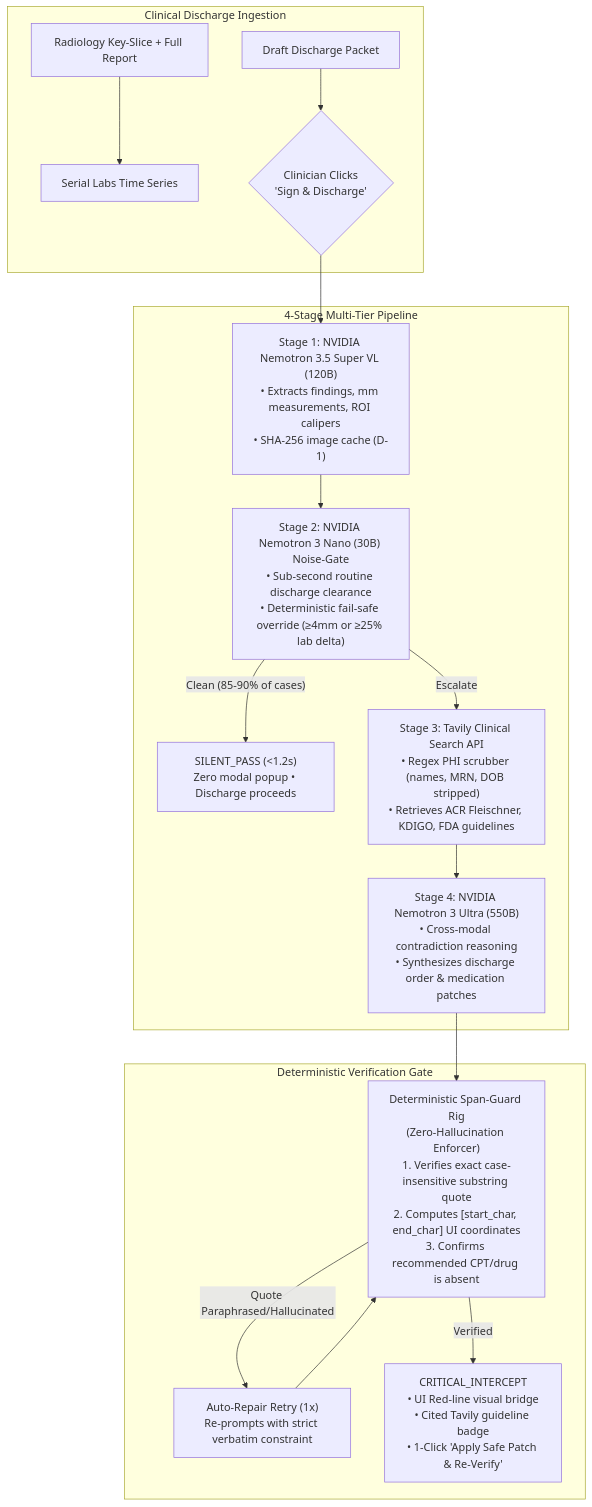
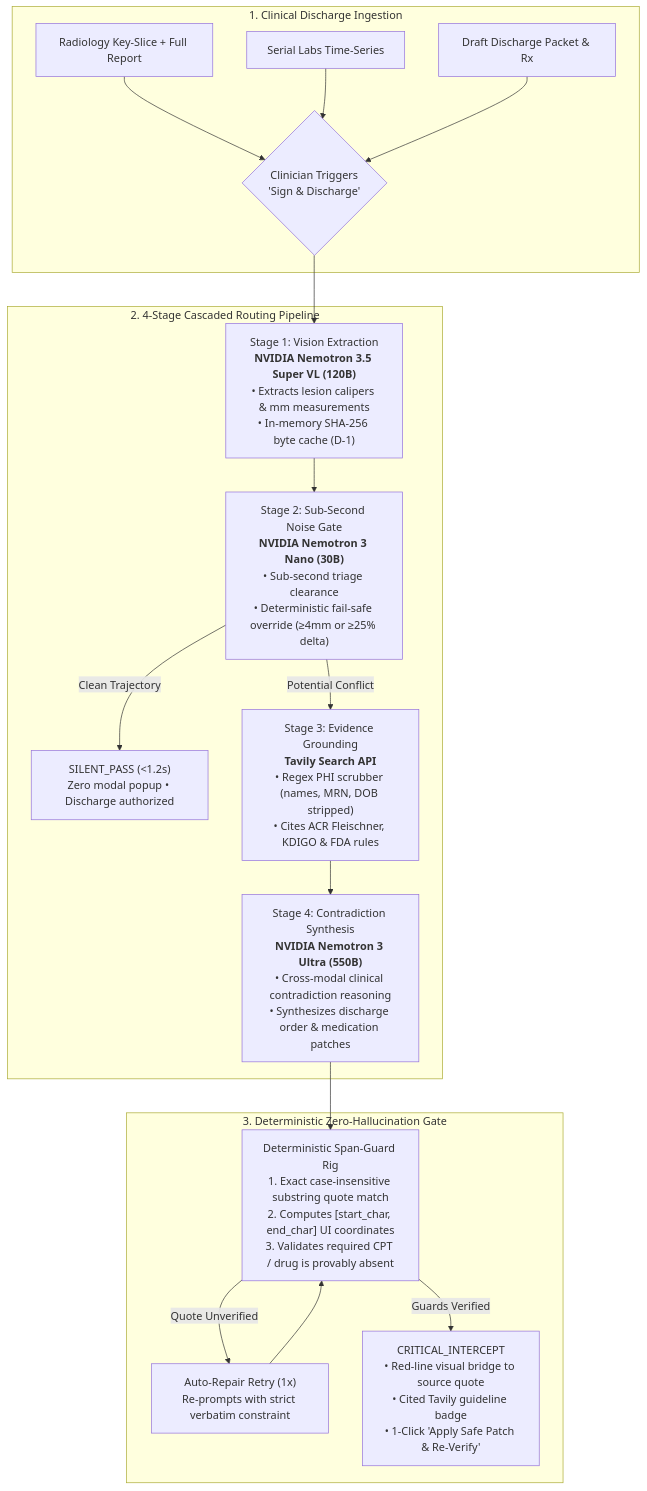
One commit to Divyanshu-kumar14/SilentCatch changed the diagram in README.md. Above: the diagram before and after it, drawn with Mermaid. The commit also changed other lines of this file, not shown here.

First line of the commit message:
docs(readme): rewrite README with professional architecture, clinical framing, and API specifications

````diff
--- a/README.md
+++ b/README.md
@@ -39,24 +65,25 @@
 ```mermaid
 flowchart TD
-    subgraph Ingestion ["Clinical Discharge Ingestion"]
-        A[Radiology Key-Slice + Full Report] --> B[Serial Labs Time Series]
-        C[Draft Discharge Packet] --> D{Clinician Clicks<br/>'Sign & Discharge'}
+    subgraph Ingestion ["1. Clinical Discharge Ingestion"]
+        A["Radiology Key-Slice + Full Report"] --> D{"Clinician Triggers<br/>'Sign & Discharge'"}
+        B["Serial Labs Time-Series"] --> D
+        C["Draft Discharge Packet & Rx"] --> D
     end
 
-    subgraph Pipeline ["4-Stage Multi-Tier Pipeline"]
-        D --> S1["Stage 1: NVIDIA Nemotron 3.5 Super VL (120B)<br/>• Extracts findings, mm measurements, ROI calipers<br/>• SHA-256 image cache (D-1)"]
-        S1 --> S2["Stage 2: NVIDIA Nemotron 3 Nano (30B) Noise-Gate<br/>• Sub-second routine discharge clearance<br/>• Deterministic fail-safe override (≥4mm or ≥25% lab delta)"]
+    subgraph Pipeline ["2. 4-Stage Cascaded Routing Pipeline"]
+        D --> S1["Stage 1: Vision Extraction<br/><b>NVIDIA Nemotron 3.5 Super VL (120B)</b><br/>• Extracts lesion calipers & mm measurements<br/>• In-memory SHA-256 byte cache (D-1)"]
+        S1 --> S2["Stage 2: Sub-Second Noise Gate<br/><b>NVIDIA Nemotron 3 Nano (30B)</b><br/>• Sub-second triage clearance<br/>• Deterministic fail-safe override (≥4mm or ≥25% delta)"]
         
-        S2 -- "Clean (85-90% of cases)" --> Pass["SILENT_PASS (<1.2s)<br/>Zero modal popup • Discharge proceeds"]
+        S2 -- "Clean Trajectory" --> Pass["SILENT_PASS (<1.2s)<br/>Zero modal popup • Discharge authorized"]
         
-        S2 -- "Escalate" --> S3["Stage 3: Tavily Clinical Search API<br/>• Regex PHI scrubber (names, MRN, DOB stripped)<br/>• Retrieves ACR Fleischner, KDIGO, FDA guidelines"]
-        S3 --> S4["Stage 4: NVIDIA Nemotron 3 Ultra (550B)<br/>• Cross-modal contradiction reasoning<br/>• Synthesizes discharge order & medication patches"]
+        S2 -- "Potential Conflict" --> S3["Stage 3: Evidence Grounding<br/><b>Tavily Search API</b><br/>• Regex PHI scrubber (names, MRN, DOB stripped)<br/>• Cites ACR Fleischner, KDIGO & FDA rules"]
+        S3 --> S4["Stage 4: Contradiction Synthesis<br/><b>NVIDIA Nemotron 3 Ultra (550B)</b><br/>• Cross-modal clinical contradiction reasoning<br/>• Synthesizes discharge order & medication patches"]
     end
 
-    subgraph Gate ["Deterministic Verification Gate"]
-        S4 --> SG["Deterministic Span-Guard Rig<br/>(Zero-Hallucination Enforcer)<br/>1. Verifies exact case-insensitive substring quote<br/>2. Computes [start_char, end_char] UI coordinates<br/>3. Confirms recommended CPT/drug is absent"]
-        SG -- "Quote Paraphrased/Hallucinated" --> Retry["Auto-Repair Retry (1x)<br/>Re-prompts with strict verbatim constraint"]
+    subgraph Verification ["3. Deterministic Zero-Hallucination Gate"]
+        S4 --> SG["Deterministic Span-Guard Rig<br/>1. Exact case-insensitive substring quote match<br/>2. Computes [start_char, end_char] UI coordinates<br/>3. Validates required CPT / drug is provably absent"]
+        SG -- "Quote Unverified" --> Retry["Auto-Repair Retry (1x)<br/>Re-prompts with strict verbatim constraint"]
         Retry --> SG
-        SG -- "Verified" --> Intercept["CRITICAL_INTERCEPT<br/>• UI Red-line visual bridge<br/>• Cited Tavily guideline badge<br/>• 1-Click 'Apply Safe Patch & Re-Verify'"]
+        SG -- "Guards Verified" --> Intercept["CRITICAL_INTERCEPT<br/>• Red-line visual bridge to source quote<br/>• Cited Tavily guideline badge<br/>• 1-Click 'Apply Safe Patch & Re-Verify'"]
     end
 ```
````
